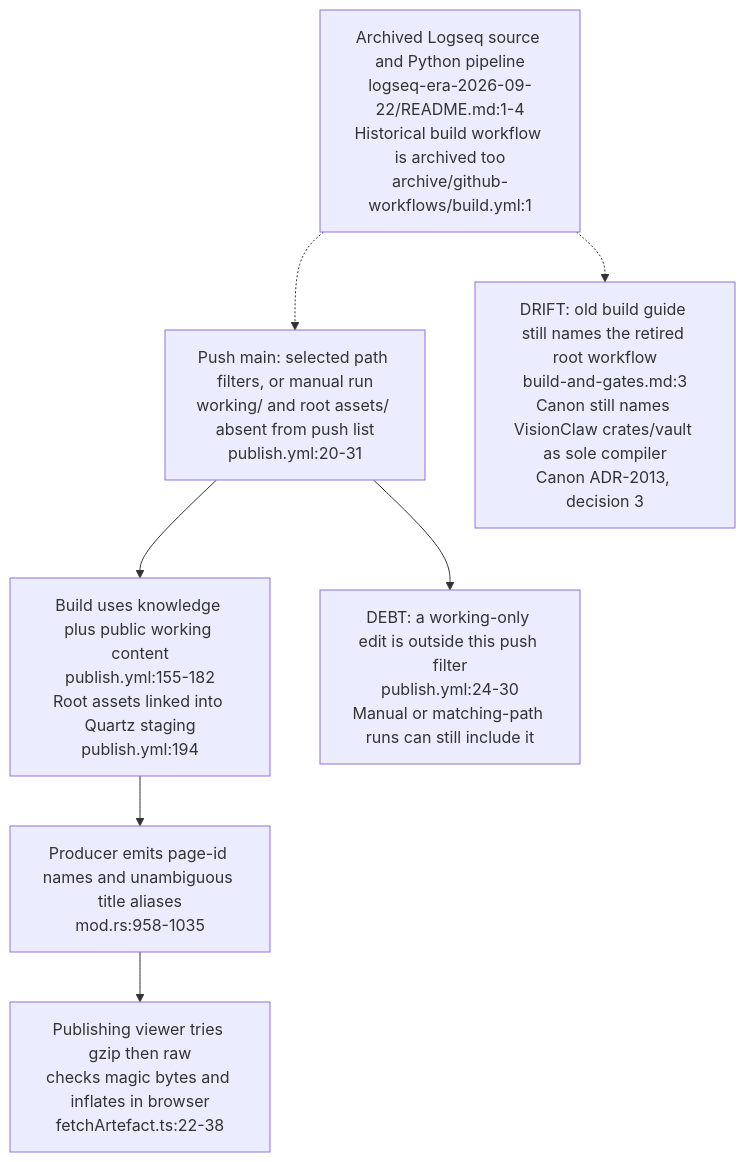
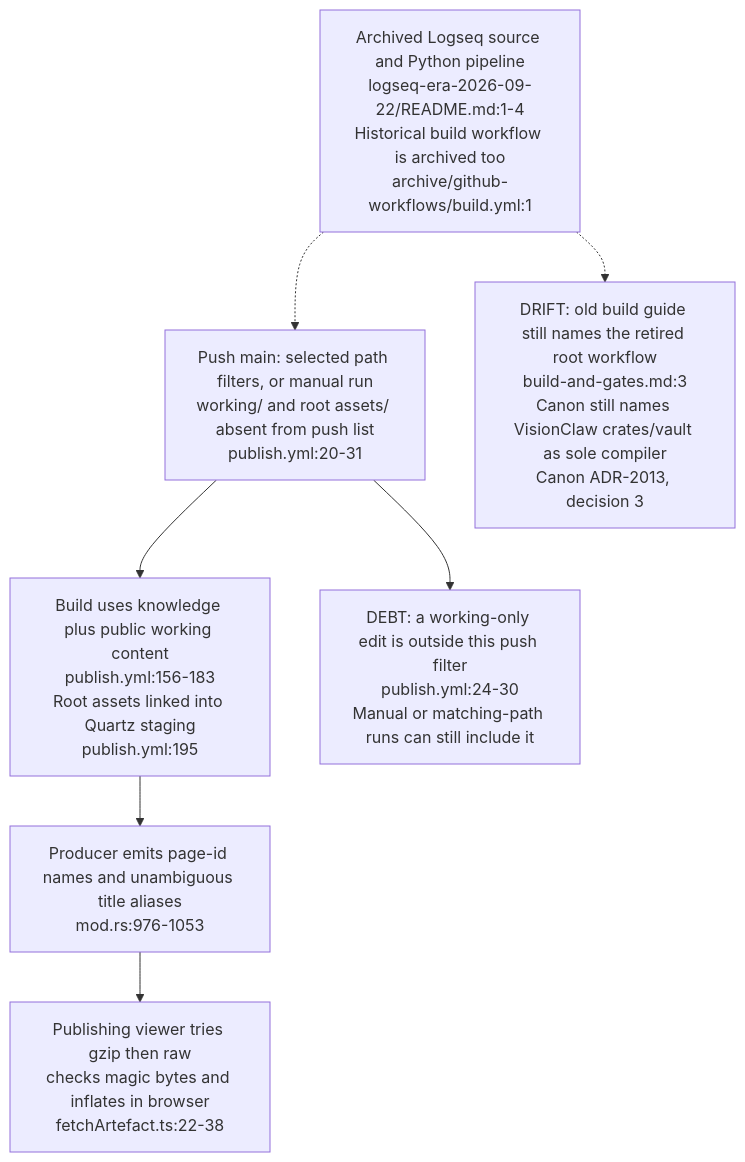
Before and after one commit to DreamLab-AI/VisionFlow: the second of 2 diagrams in docs/diagrams/knowledgegraph/05-ci-cd-and-publish.md, drawn with Mermaid. The commit also changed other lines of this file and 70 other files, not shown here.

First line of the commit message:
docs(diagrams): re-verify 69 topics at current default-branch heads

````diff
--- a/docs/diagrams/knowledgegraph/05-ci-cd-and-publish.md
+++ b/docs/diagrams/knowledgegraph/05-ci-cd-and-publish.md
@@ -61,14 +62,14 @@
 ```mermaid
 flowchart TB
     OLD["Archived Logseq source and Python pipeline<br/>logseq-era-2026-09-22/README.md:1-4<br/>Historical build workflow is archived too<br/>archive/github-workflows/build.yml:1"]
     TRIG["Push main: selected path filters, or manual run<br/>working/ and root assets/ absent from push list<br/>publish.yml:20-31"]
-    BUILD["Build uses knowledge plus public working content<br/>publish.yml:155-182<br/>Root assets linked into Quartz staging<br/>publish.yml:194"]
-    MIRROR["Producer emits page-id names and unambiguous title aliases<br/>mod.rs:958-1035"]
+    BUILD["Build uses knowledge plus public working content<br/>publish.yml:156-183<br/>Root assets linked into Quartz staging<br/>publish.yml:195"]
+    MIRROR["Producer emits page-id names and unambiguous title aliases<br/>mod.rs:976-1053"]
     FETCH["Publishing viewer tries gzip then raw<br/>checks magic bytes and inflates in browser<br/>fetchArtefact.ts:22-38"]
     OLD -.-> TRIG --> BUILD --> MIRROR --> FETCH
     DRIFT["DRIFT: old build guide still names the retired root workflow<br/>build-and-gates.md:3<br/>Canon still names VisionClaw crates/vault as sole compiler<br/>Canon ADR-2013, decision 3"]
     %% DRIFT source: ADR-2013-sovereign-corpus-is-ecosystem-canon.md:52-58
     OLD -.-> DRIFT
     GAP["DEBT: a working-only edit is outside this push filter<br/>publish.yml:24-30<br/>Manual or matching-path runs can still include it"]
     TRIG --> GAP
 ```
````
